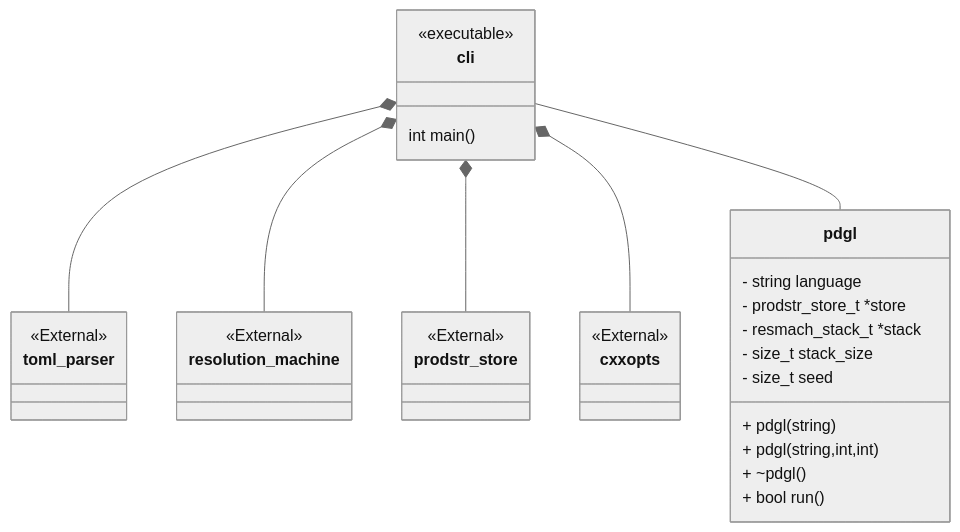
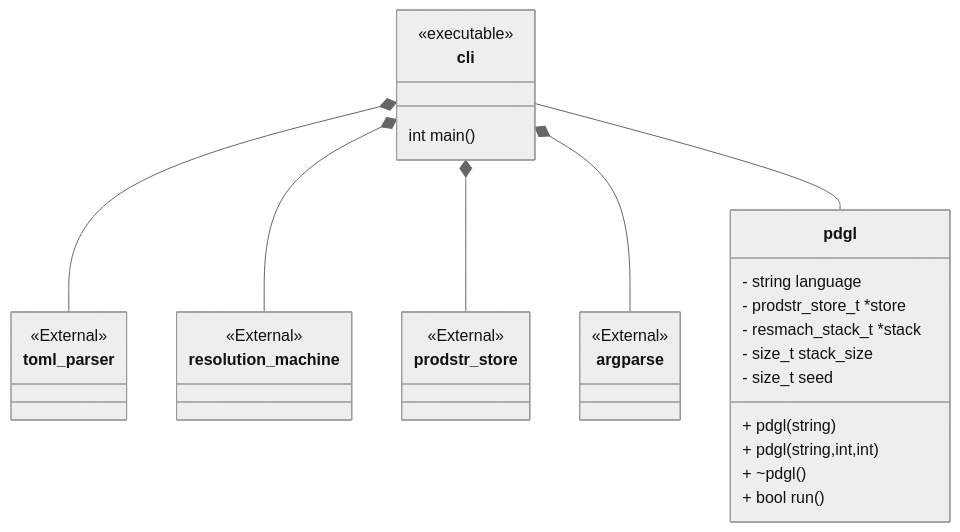
Before and after one commit to Joecstarr/pdgl: the first of 3 diagrams in wrappers/cli/docs/unit_description.md, drawn with Mermaid (neutral theme). The commit also changed other lines of this file and 139 other files, not shown here.

````diff
--- a/wrappers/cli/docs/unit_description.md
+++ b/wrappers/cli/docs/unit_description.md
@@ -9,31 +9,31 @@
 ```mermaid
 classDiagram
    cli *-- toml_parser
    cli *-- resolution_machine
    cli *-- prodstr_store 
-   cli *-- cxxopts 
+   cli *-- argparse 
    cli -- pdgl 
-    
+
    class cli{
     <<executable>>
     int main()
     }
 
    class pdgl{
     + pdgl(string)
     + pdgl(string,int,int)
     + ~pdgl()
     + bool run() 
     - string language
     - prodstr_store_t *store
     - resmach_stack_t *stack 
     - size_t stack_size
     - size_t seed
     }
 
    class prodstr_store{<<External>>}
    class toml_parser{<<External>>}
    class resolution_machine {<<External>>}
-   class cxxopts{<<External>>}
+   class argparse{<<External>>}
 
 ```
````
